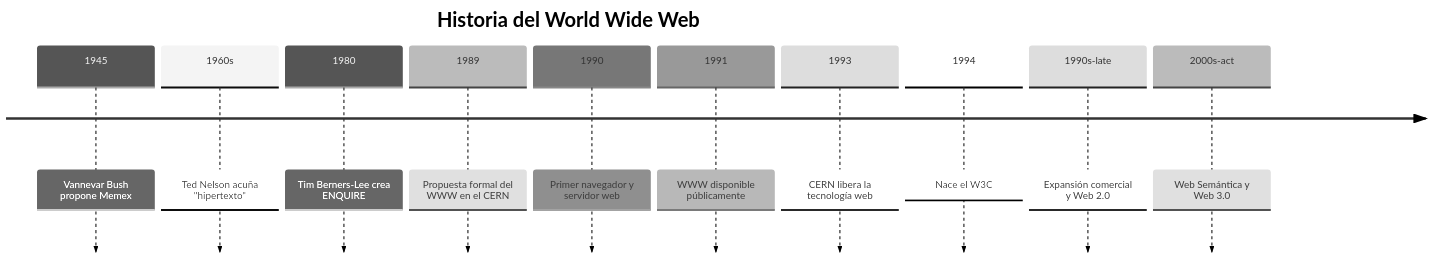
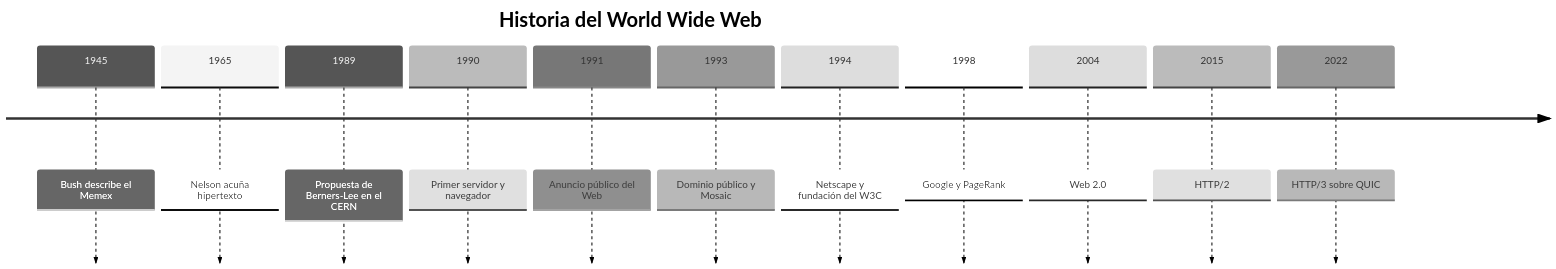
Before and after one commit to djaimej/computer-science-template: the diagram in public/documents/semester-5/2/5211.md, drawn with Mermaid (neutral theme). The commit also changed other lines of this file and 1 other file, not shown here.

````diff
--- a/public/documents/semester-5/2/5211.md
+++ b/public/documents/semester-5/2/5211.md
@@ -29,14 +31,15 @@
 ```mermaid
 timeline
     title Historia del World Wide Web
-    1945 : Vannevar Bush propone Memex
-    1960s : Ted Nelson acuña "hipertexto"
-    1980 : Tim Berners-Lee crea ENQUIRE
-    1989 : Propuesta formal del WWW en el CERN
-    1990 : Primer navegador y servidor web
-    1991 : WWW disponible públicamente
-    1993 : CERN libera la tecnología web
-    1994 : Nace el W3C
-    1990s-late : Expansión comercial y Web 2.0
-    2000s-act : Web Semántica y Web 3.0
+    1945 : Bush describe el Memex
+    1965 : Nelson acuña hipertexto
+    1989 : Propuesta de Berners-Lee en el CERN
+    1990 : Primer servidor y navegador
+    1991 : Anuncio público del Web
+    1993 : Dominio público y Mosaic
+    1994 : Netscape y fundación del W3C
+    1998 : Google y PageRank
+    2004 : Web 2.0
+    2015 : HTTP/2
+    2022 : HTTP/3 sobre QUIC
 ```
````
